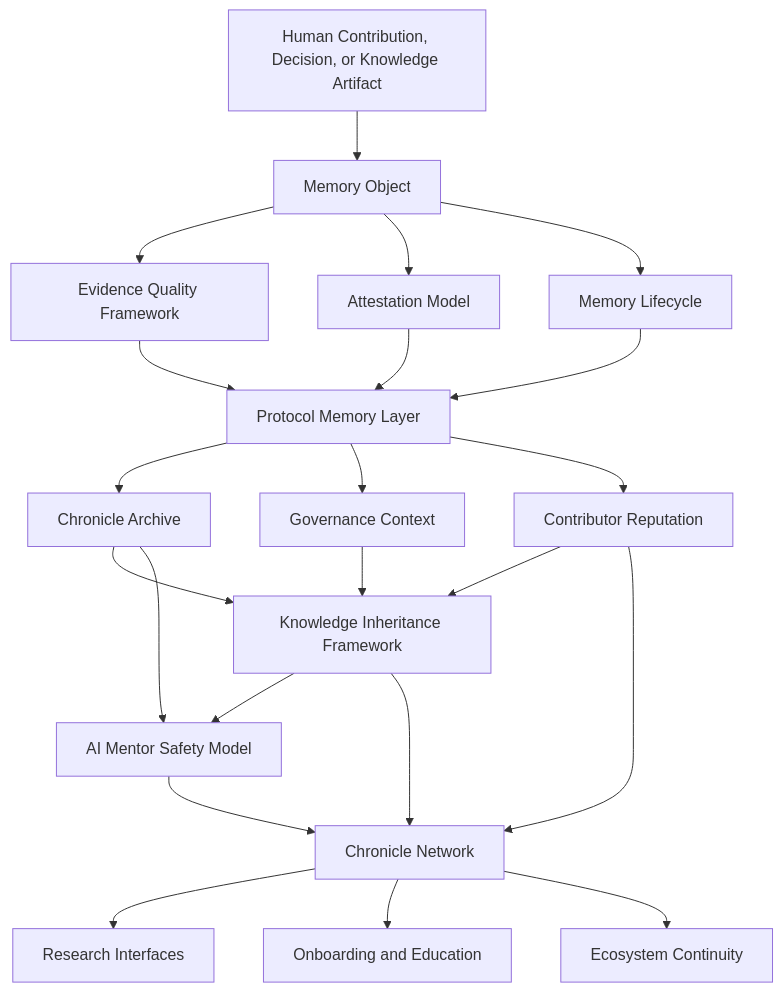
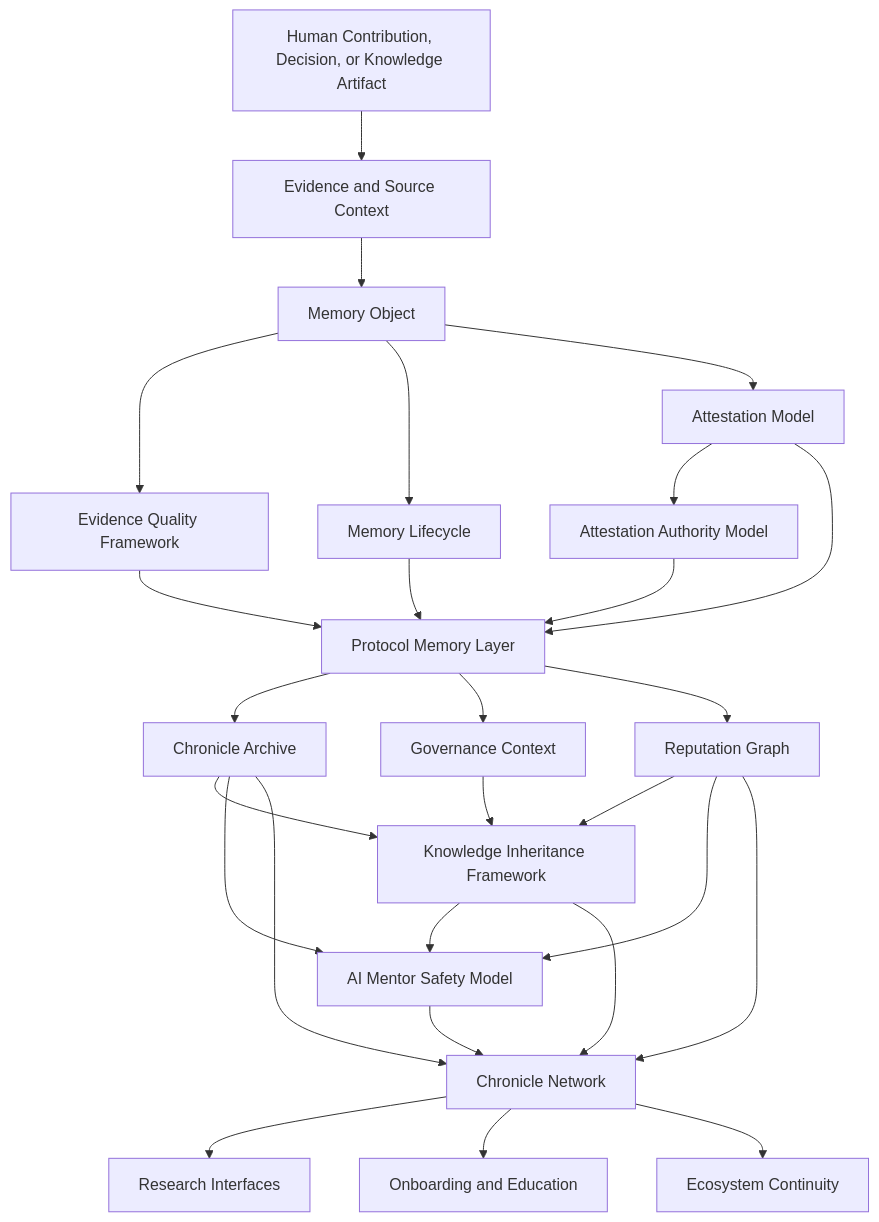
Before and after one commit to satoshi-Qore/chronicle-legacy-protocol: the diagram in docs/Architecture_Diagram.md, drawn with Mermaid. The commit also changed other lines of this file, not shown here.

Commit message:
Update architecture diagram for reputation graph flow

````diff
--- a/docs/Architecture_Diagram.md
+++ b/docs/Architecture_Diagram.md
@@ -11,31 +11,36 @@
 ```mermaid
 flowchart TD
-    A["Human Contribution, Decision, or Knowledge Artifact"] --> B["Memory Object"]
+    A["Human Contribution, Decision, or Knowledge Artifact"] --> B["Evidence and Source Context"]
+    B --> C["Memory Object"]
 
-    B --> C["Evidence Quality Framework"]
-    B --> D["Attestation Model"]
-    B --> E["Memory Lifecycle"]
+    C --> D["Evidence Quality Framework"]
+    C --> E["Memory Lifecycle"]
+    C --> F["Attestation Model"]
 
-    C --> F["Protocol Memory Layer"]
-    D --> F
-    E --> F
+    F --> G["Attestation Authority Model"]
+    D --> H["Protocol Memory Layer"]
+    E --> H
+    F --> H
+    G --> H
 
-    F --> G["Chronicle Archive"]
-    F --> H["Governance Context"]
-    F --> I["Contributor Reputation"]
+    H --> I["Chronicle Archive"]
+    H --> J["Governance Context"]
+    H --> K["Reputation Graph"]
 
-    G --> J["Knowledge Inheritance Framework"]
-    H --> J
-    I --> J
+    I --> L["Knowledge Inheritance Framework"]
+    J --> L
+    K --> L
 
-    J --> K["AI Mentor Safety Model"]
-    G --> K
+    L --> M["AI Mentor Safety Model"]
+    I --> M
+    K --> M
 
-    K --> L["Chronicle Network"]
-    J --> L
-    I --> L
+    M --> N["Chronicle Network"]
+    L --> N
+    K --> N
+    I --> N
 
-    L --> M["Research Interfaces"]
-    L --> N["Onboarding and Education"]
-    L --> O["Ecosystem Continuity"]
+    N --> O["Research Interfaces"]
+    N --> P["Onboarding and Education"]
+    N --> Q["Ecosystem Continuity"]
 ```
````
